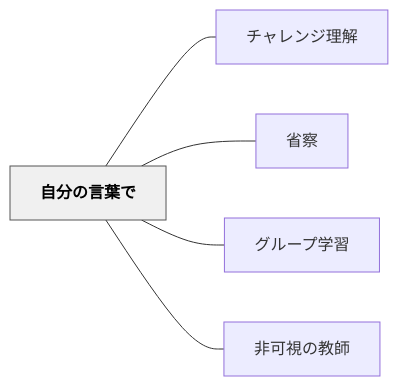
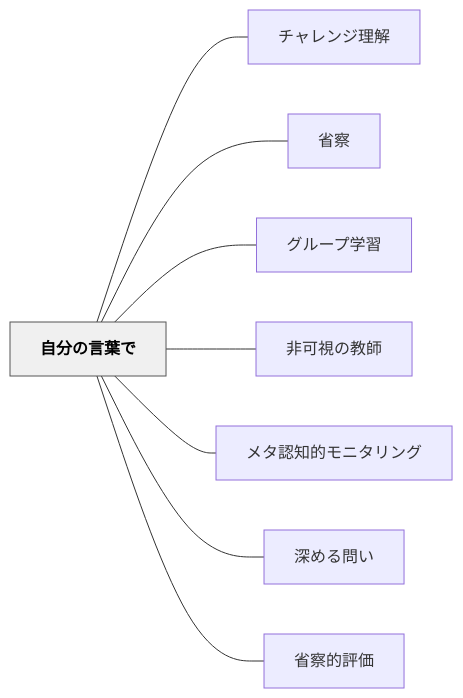
Before and after one commit to unknownthings-ed-patterns/unknownthings-ed-patterns: the diagram in content/パタン/自分の言葉で.md, drawn with Mermaid. The commit also changed other lines of this file and 35 other files, not shown here.

````diff
--- a/content/パタン/自分の言葉で.md
+++ b/content/パタン/自分の言葉で.md
@@ -84,16 +87,22 @@
 ```mermaid
 flowchart LR
     ne887aae58886e381aee8a880e89189e381a7["自分の言葉で"]
     ne38381e383a3e383ace383b3e382b8e79086e8a7a3["チャレンジ理解"]
     ne79c81e5af9f["省察"]
     ne382b0e383abe383bce38397e5ada6e7bf92["グループ学習"]
     ne99d9ee58fafe8a696e381aee69599e5b8ab["非可視の教師"]
+    ne383a1e382bfe8aa8de79fa5e79a84e383a2e3838be382bfe383aae383b3e382b0["メタ認知的モニタリング"]
+    ne6b7b1e38281e3828be5958fe38184["深める問い"]
+    ne79c81e5af9fe79a84e8a995e4bea1["省察的評価"]
 
     ne887aae58886e381aee8a880e89189e381a7 --- ne38381e383a3e383ace383b3e382b8e79086e8a7a3
     ne887aae58886e381aee8a880e89189e381a7 --- ne79c81e5af9f
     ne887aae58886e381aee8a880e89189e381a7 --- ne382b0e383abe383bce38397e5ada6e7bf92
     ne887aae58886e381aee8a880e89189e381a7 --- ne99d9ee58fafe8a696e381aee69599e5b8ab
+    ne887aae58886e381aee8a880e89189e381a7 --- ne383a1e382bfe8aa8de79fa5e79a84e383a2e3838be382bfe383aae383b3e382b0
+    ne887aae58886e381aee8a880e89189e381a7 --- ne6b7b1e38281e3828be5958fe38184
+    ne887aae58886e381aee8a880e89189e381a7 --- ne79c81e5af9fe79a84e8a995e4bea1
 
     classDef hub fill:#f0f0f0,stroke:#555,color:#000,font-weight:bold
     class ne887aae58886e381aee8a880e89189e381a7 hub
 ```
````
